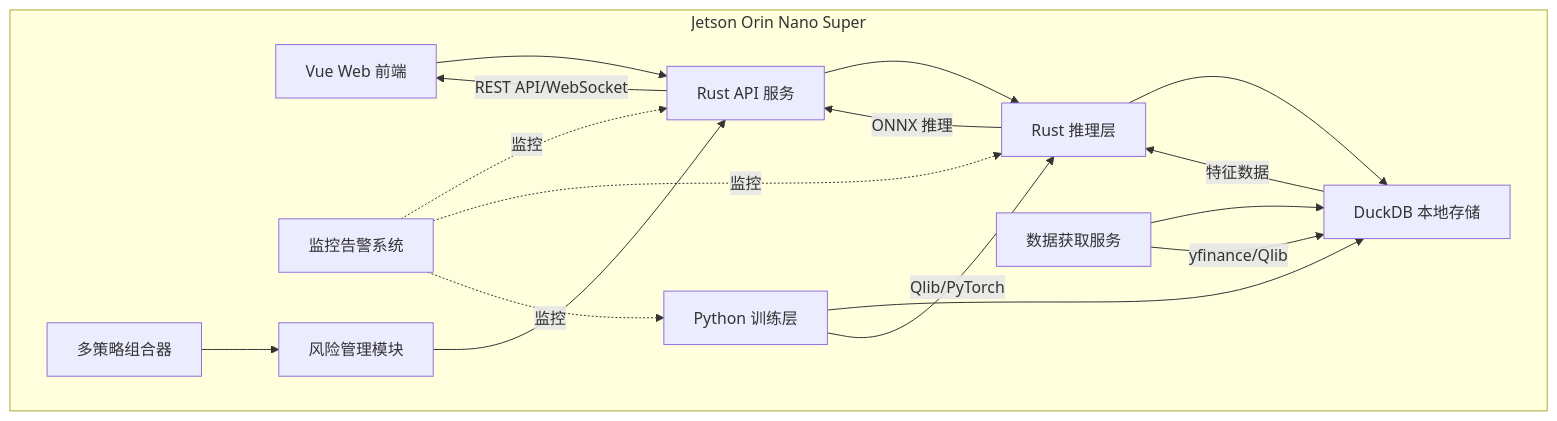
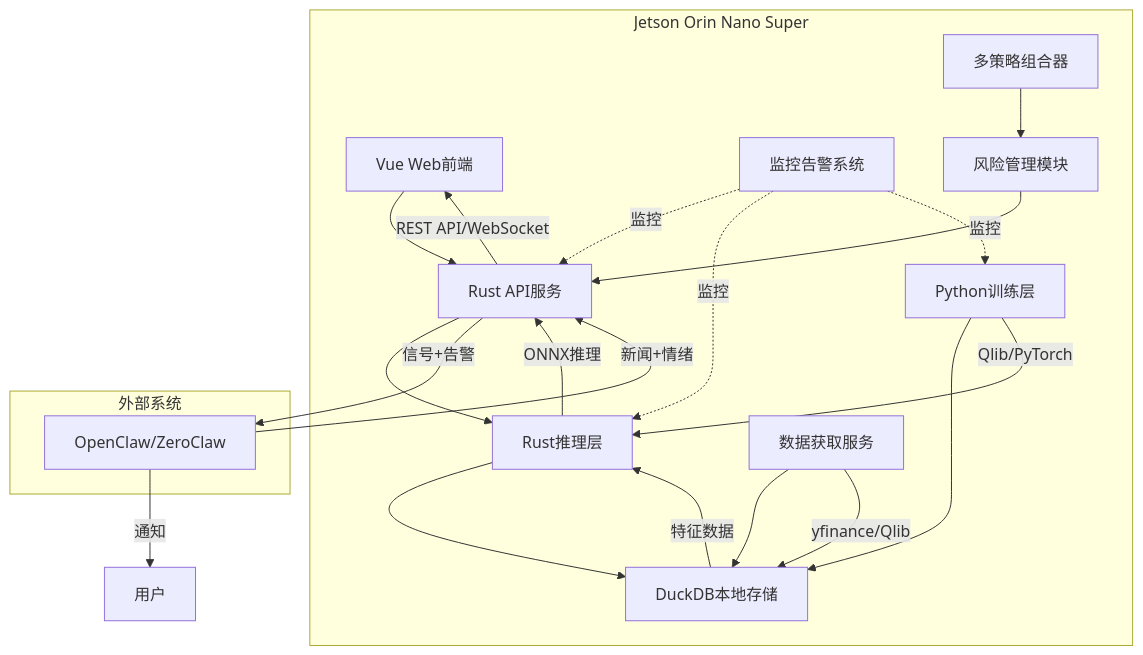
The diagram in docs/03-技术架构.md (gsxhnd/QuantBot), drawn with Mermaid before and after one commit. The commit also changed other lines of this file and 22 other files, not shown here.

````diff
--- a/docs/03-技术架构.md
+++ b/docs/03-技术架构.md
@@ -18,21 +18,29 @@
 ```mermaid
 graph TD
     subgraph Jetson Orin Nano Super
-        A[Vue Web 前端] --> B[Rust API 服务]
-        B --> C[Rust 推理层]
-        C --> D[DuckDB 本地存储]
-        E[Python 训练层] --> D
+        A[Vue Web前端] --> B[Rust API服务]
+        B --> C[Rust推理层]
+        C --> D[DuckDB本地存储]
+        E[Python训练层] --> D
         F[数据获取服务] --> D
         G[监控告警系统] -.监控.-> B
         G -.监控.-> C
         G -.监控.-> E
         H[风险管理模块] --> B
         I[多策略组合器] --> H
     end
     
+    subgraph 外部系统
+        J[OpenClaw/ZeroClaw]
+    end
+    
     B -->|REST API/WebSocket| A
-    C -->|ONNX 推理| B
+    C -->|ONNX推理| B
     D -->|特征数据| C
     E -->|Qlib/PyTorch| C
     F -->|yfinance/Qlib| D
+    
+    J -->|新闻+情绪| B
+    B -->|信号+告警| J
+    J -->|通知| K[用户]
 ```
````
